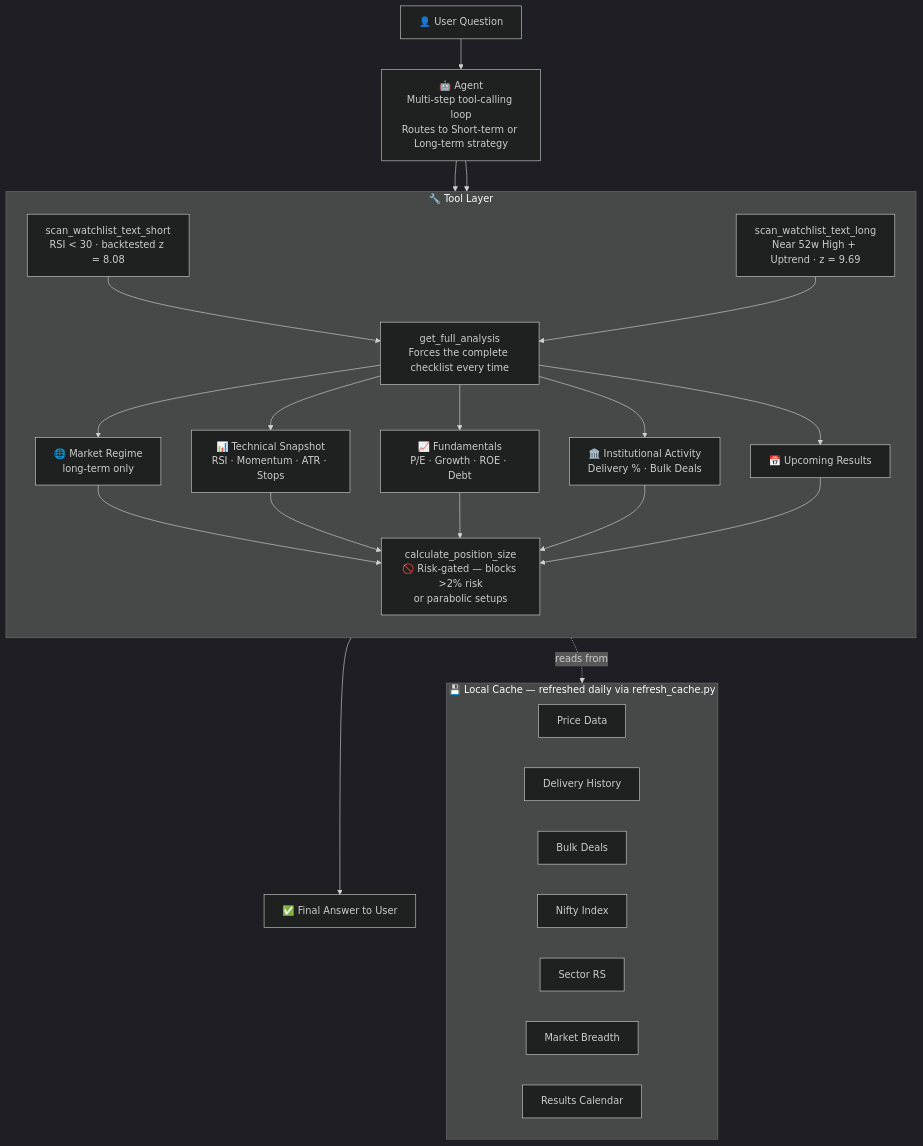
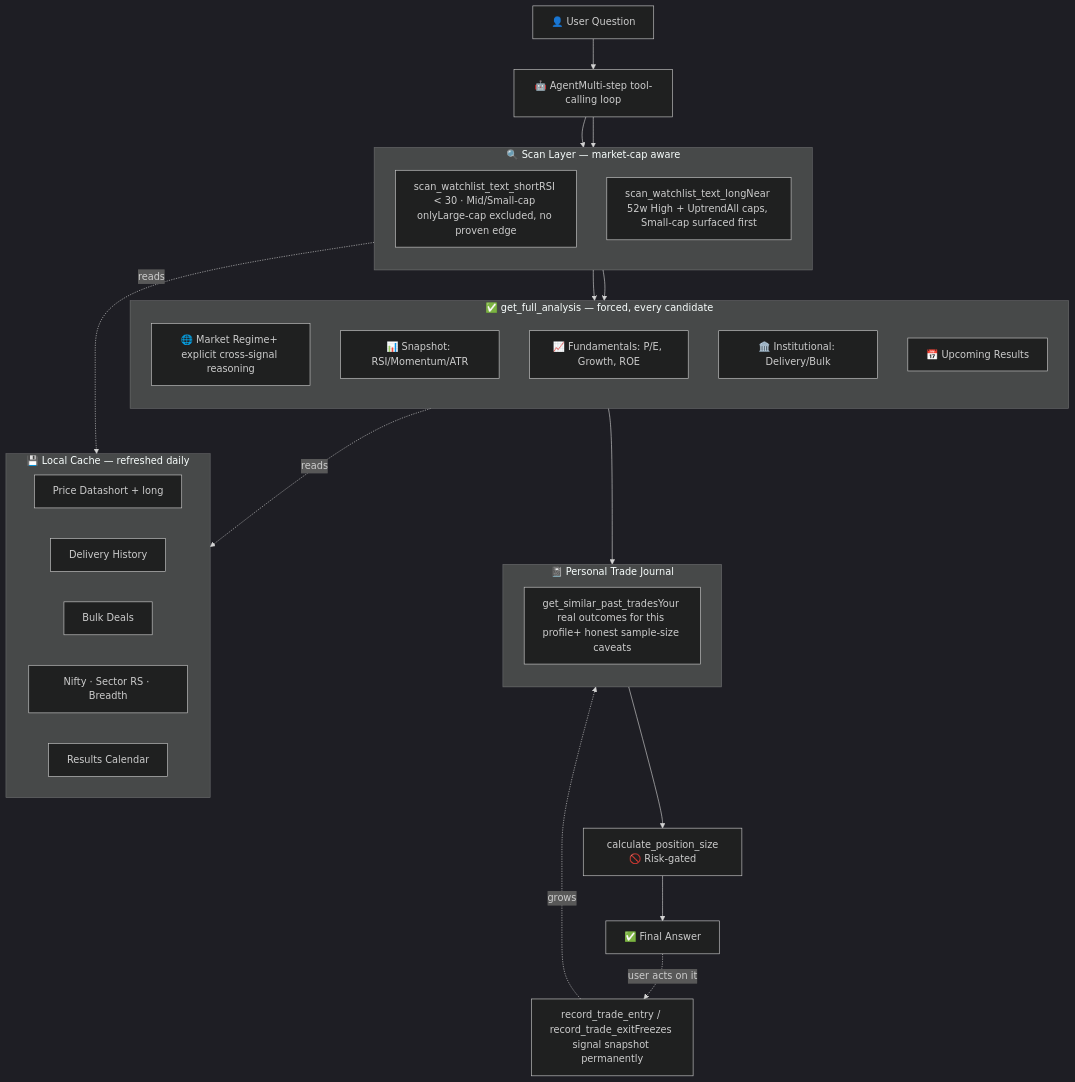
One commit to webtools-dotcom/nse-trading-assistant changed the diagram in README.md. Above: the diagram before and after it, drawn with Mermaid (dark theme). The commit also changed other lines of this file and 9 other files, not shown here.

````diff
--- a/README.md
+++ b/README.md
@@ -69,41 +85,49 @@
 ```mermaid
 flowchart TD
-    A["👤 User Question"] --> B["🤖 Agent<br/>Multi-step tool-calling loop<br/>Routes to Short-term or Long-term strategy"]
+    A["👤 User Question"] --> B["🤖 AgentMulti-step tool-calling loop"]
 
-    subgraph TOOLS [" 🔧 Tool Layer "]
+    subgraph SCAN [" 🔍 Scan Layer — market-cap aware "]
         direction TB
-        C1["scan_watchlist_text_short<br/>RSI < 30 · backtested z = 8.08"]
-        C2["scan_watchlist_text_long<br/>Near 52w High + Uptrend · z = 9.69"]
-        D["get_full_analysis<br/>Forces the complete checklist every time"]
-        D --> E1["🌐 Market Regime<br/>long-term only"]
-        D --> E2["📊 Technical Snapshot<br/>RSI · Momentum · ATR · Stops"]
-        D --> E3["📈 Fundamentals<br/>P/E · Growth · ROE · Debt"]
-        D --> E4["🏛️ Institutional Activity<br/>Delivery % · Bulk Deals"]
-        D --> E5["📅 Upcoming Results"]
-        F["calculate_position_size<br/>🚫 Risk-gated — blocks >2% risk<br/>or parabolic setups"]
+        C1["scan_watchlist_text_shortRSI < 30 · Mid/Small-cap onlyLarge-cap excluded, no proven edge"]
+        C2["scan_watchlist_text_longNear 52w High + UptrendAll caps, Small-cap surfaced first"]
     end
+
+    subgraph CHECKLIST [" ✅ get_full_analysis — forced, every candidate "]
+        direction TB
+        E1["🌐 Market Regime+ explicit cross-signal reasoning"]
+        E2["📊 Snapshot: RSI/Momentum/ATR"]
+        E3["📈 Fundamentals: P/E, Growth, ROE"]
+        E4["🏛️ Institutional: Delivery/Bulk"]
+        E5["📅 Upcoming Results"]
+    end
+
+    subgraph JOURNAL [" 📓 Personal Trade Journal "]
+        direction TB
+        J1["get_similar_past_tradesYour real outcomes for this profile+ honest sample-size caveats"]
+    end
+
+    F["calculate_position_size🚫 Risk-gated"]
+    G["record_trade_entry / record_trade_exitFreezes signal snapshot permanently"]
 
     B --> C1
     B --> C2
-    C1 --> D
-    C2 --> D
-    E1 --> F
-    E2 --> F
-    E3 --> F
-    E4 --> F
-    E5 --> F
-    F --> G["✅ Final Answer to User"]
+    C1 --> CHECKLIST
+    C2 --> CHECKLIST
+    CHECKLIST --> J1
+    J1 --> F
+    F --> H["✅ Final Answer"]
+    H -.user acts on it.-> G
+    G -.grows.-> J1
 
-    subgraph CACHE [" 💾 Local Cache — refreshed daily via refresh_cache.py "]
+    subgraph CACHE [" 💾 Local Cache — refreshed daily "]
         direction LR
-        H1["Price Data"]
-        H2["Delivery History"]
-        H3["Bulk Deals"]
-        H4["Nifty Index"]
-        H5["Sector RS"]
-        H6["Market Breadth"]
-        H7["Results Calendar"]
+        K1["Price Datashort + long"]
+        K2["Delivery History"]
+        K3["Bulk Deals"]
+        K4["Nifty · Sector RS · Breadth"]
+        K5["Results Calendar"]
     end
 
-    TOOLS -.reads from.-> CACHE
+    SCAN -.reads.-> CACHE
+    CHECKLIST -.reads.-> CACHE
 ```
````
